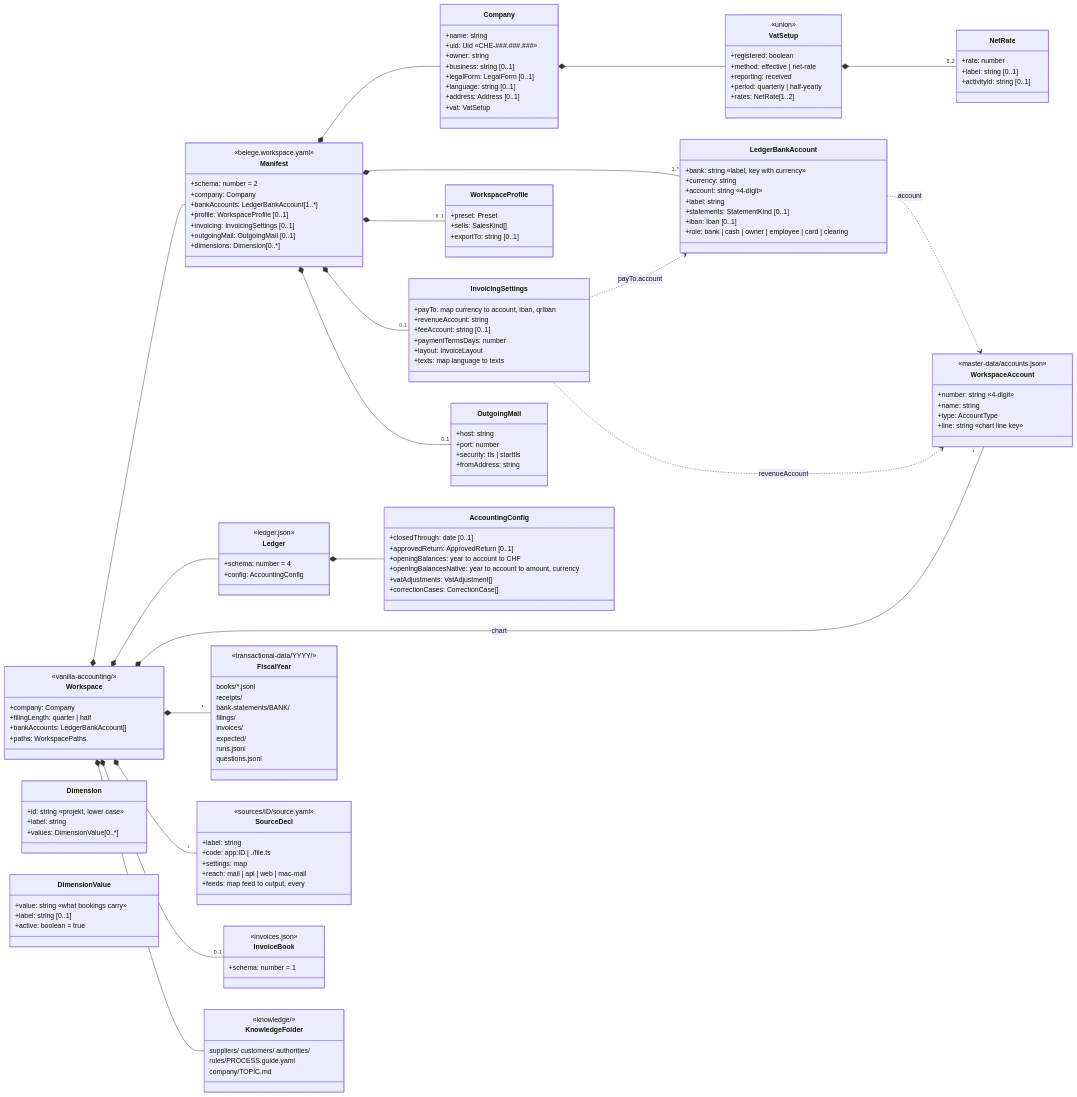
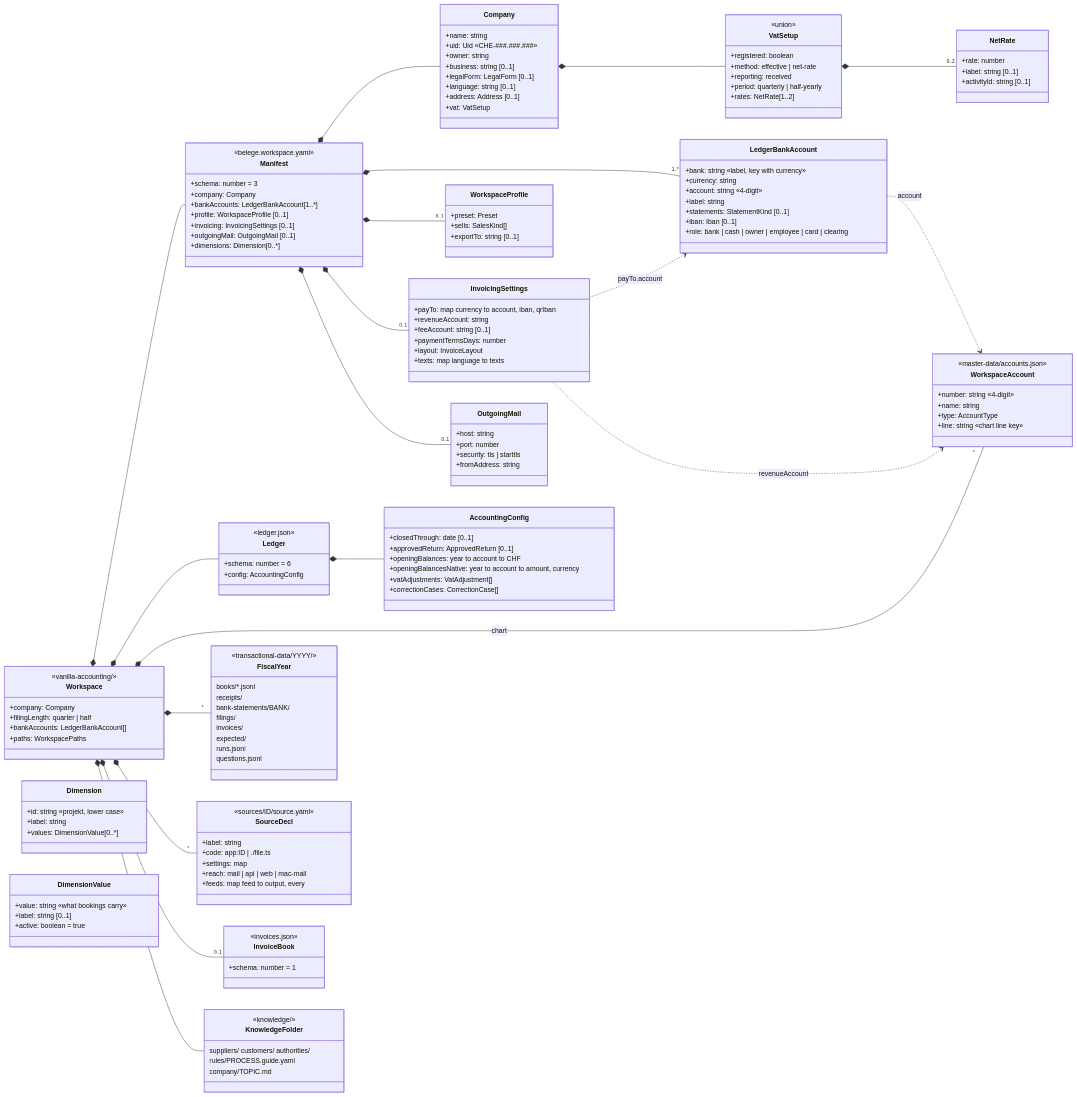
The first of 6 diagrams in docs/data-model.md (VanillaSystems/vanilla-accounting), drawn with Mermaid before and after one commit. The commit also changed other lines of this file and 8 other files, not shown here.

Commit message:
Books schema 6: Receipt.handSet (#218) names what a person set by hand on a receipt still being processed; an app of schema 5 would let the run overwrite it, so it refuses the books. The step from 5 changes no record; npm run update writes the number with a backup

```diff
--- a/docs/data-model.md
+++ b/docs/data-model.md
@@ -57,7 +57,7 @@
   }
   class Manifest {
     <<belege.workspace.yaml>>
-    +schema: number = 2
+    +schema: number = 3
     +company: Company
     +bankAccounts: LedgerBankAccount[1..*]
     +profile: WorkspaceProfile [0..1]
@@ -128,7 +128,7 @@
   }
   class Ledger {
     <<ledger.json>>
-    +schema: number = 4
+    +schema: number = 6
     +config: AccountingConfig
   }
   class AccountingConfig {
```
